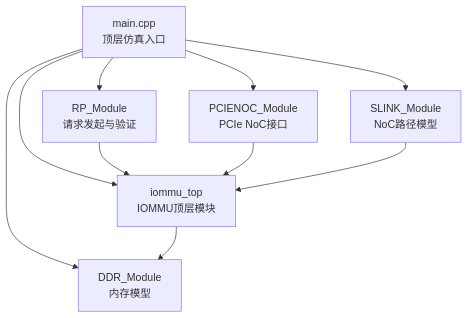
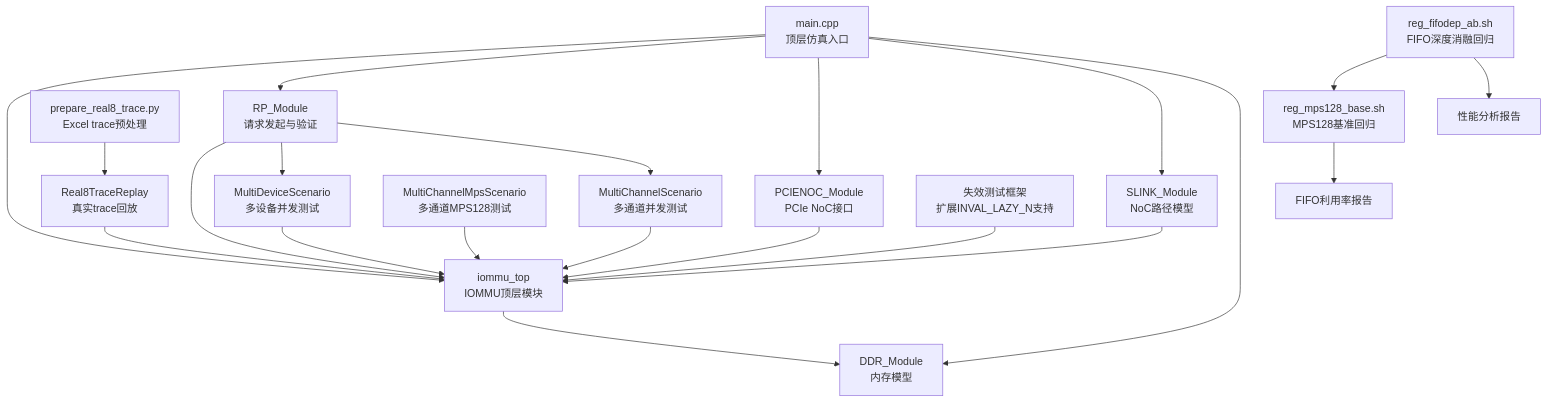
One commit to jiangjiang1122/iommu_model_20260401_v1 changed the first of 7 diagrams in .qoder/repowiki/zh/content/测试与验证/测试与验证.md. Above: the diagram before and after it, drawn with Mermaid. The commit also changed other lines of this file and 55 other files, not shown here.

First line of the commit message:
perf(iommu): 去重单元机制v2全场景落地 严格优先仲裁UPD>INS>REQ + UPDATE可变原子段

````diff
--- a/.qoder/repowiki/zh/content/测试与验证/测试与验证.md
+++ b/.qoder/repowiki/zh/content/测试与验证/测试与验证.md
@@ -71,12 +94,23 @@
 ```mermaid
 graph TB
 MAIN["main.cpp<br/>顶层仿真入口"] --> IOMMU["iommu_top<br/>IOMMU顶层模块"]
 MAIN --> RP["RP_Module<br/>请求发起与验证"]
 MAIN --> PCIE["PCIENOC_Module<br/>PCIe NoC接口"]
 MAIN --> SLINK["SLINK_Module<br/>NoC路径模型"]
 MAIN --> DDR["DDR_Module<br/>内存模型"]
 RP --> IOMMU
 PCIE --> IOMMU
 SLINK --> IOMMU
 IOMMU --> DDR
+RP --> MULTIDEV["MultiDeviceScenario<br/>多设备并发测试"]
+RP --> MULTICHAN["MultiChannelScenario<br/>多通道并发测试"]
+MULTICHAN --> IOMMU
+MULTICHAN_MPS["MultiChannelMpsScenario<br/>多通道MPS128测试"] --> IOMMU
+MULTIDEV --> IOMMU
+REAL8["Real8TraceReplay<br/>真实trace回放"] --> IOMMU
+PREP["prepare_real8_trace.py<br/>Excel trace预处理"] --> REAL8
+REG_FIFODEP["reg_fifodep_ab.sh<br/>FIFO深度消融回归"] --> REG_BASE["reg_mps128_base.sh<br/>MPS128基准回归"]
+REG_FIFODEP --> PERF_ANALYSIS["性能分析报告"]
+REG_BASE --> FIFO_REPORT["FIFO利用率报告"]
+INVAL_TEST["失效测试框架<br/>扩展INVAL_LAZY_N支持"] --> IOMMU
 ```
````
